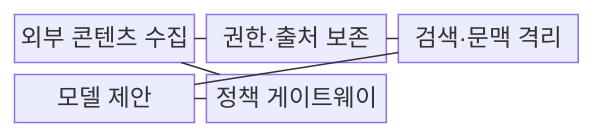
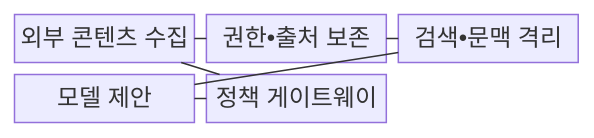
Before and after one commit to agnusdei1207/knowledge-base: the first of 2 diagrams in src/content/docs/notes/05-security/080_indirect_prompt_injection.md, drawn with Mermaid. The commit also changed other lines of this file and 953 other files, not shown here.

````diff
--- a/src/content/docs/notes/05-security/080_indirect_prompt_injection.md
+++ b/src/content/docs/notes/05-security/080_indirect_prompt_injection.md
@@ -64,14 +64,14 @@
 ```mermaid
 block-beta
   columns 3
   A["외부 콘텐츠 수집"]
-  B["권한·출처 보존"]
-  C["검색·문맥 격리"]
+  B["권한•출처 보존"]
+  C["검색•문맥 격리"]
   D["모델 제안"]
   E["정책 게이트웨이"]
   A --- B
   B --- C
   C --- D
   D --- E
   E --- A
 ```
````
